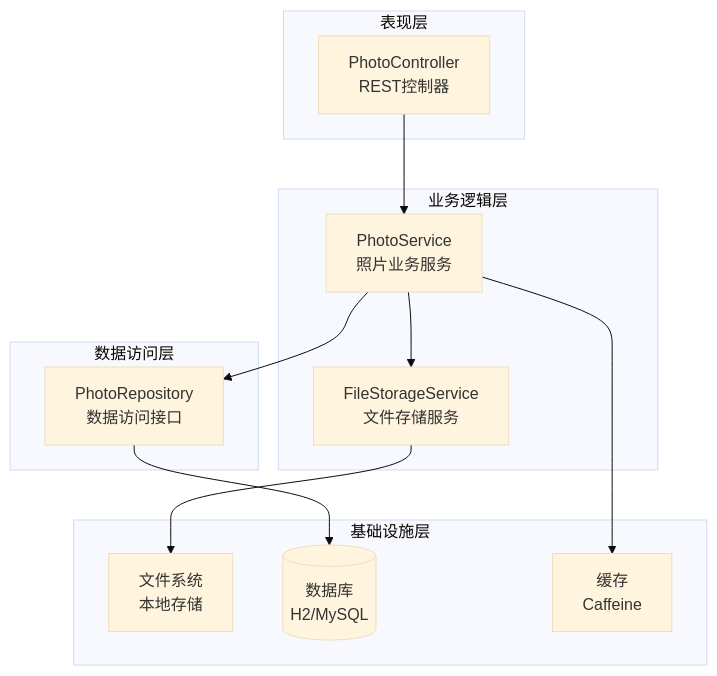
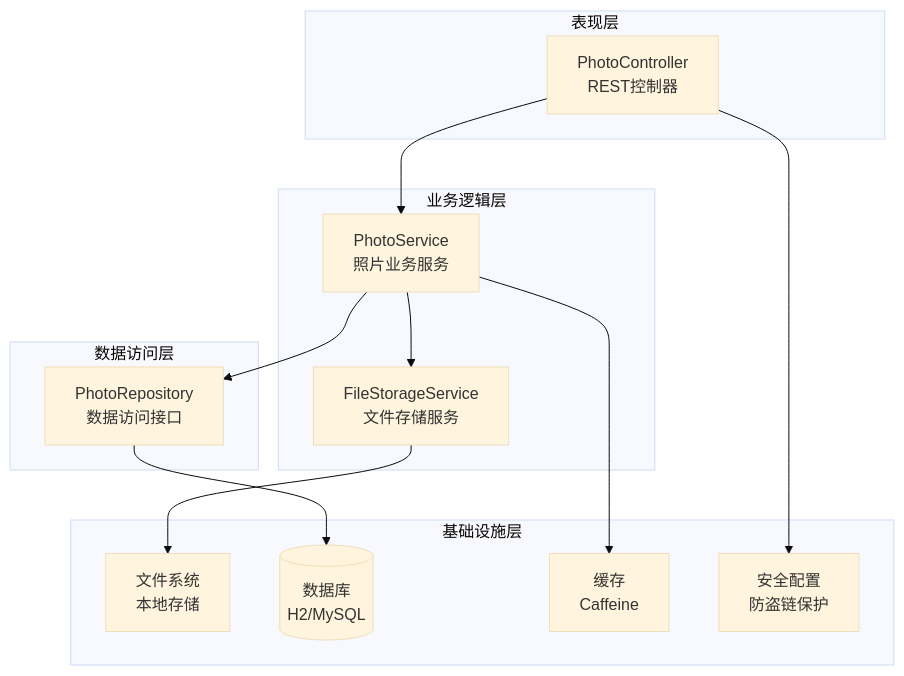
The first of 10 diagrams in .qoder/repowiki/zh/content/架构设计/数据流.md (QoderZcy/zcyTest2), drawn with Mermaid (base theme) before and after one commit. The commit also changed other lines of this file and 10 other files, not shown here.

````diff
--- a/.qoder/repowiki/zh/content/架构设计/数据流.md
+++ b/.qoder/repowiki/zh/content/架构设计/数据流.md
@@ -36,24 +49,26 @@
 ```mermaid
 graph TB
 subgraph "表现层"
 PC[PhotoController<br/>REST控制器]
 end
 subgraph "业务逻辑层"
 PS[PhotoService<br/>照片业务服务]
 FSS[FileStorageService<br/>文件存储服务]
 end
 subgraph "数据访问层"
 PR[PhotoRepository<br/>数据访问接口]
 end
 subgraph "基础设施层"
 FS[文件系统<br/>本地存储]
 DB[(数据库<br/>H2/MySQL)]
 CACHE[缓存<br/>Caffeine]
+SEC[安全配置<br/>防盗链保护]
 end
 PC --> PS
 PS --> FSS
 PS --> PR
 FSS --> FS
 PR --> DB
 PS --> CACHE
+PC --> SEC
 ```
````
